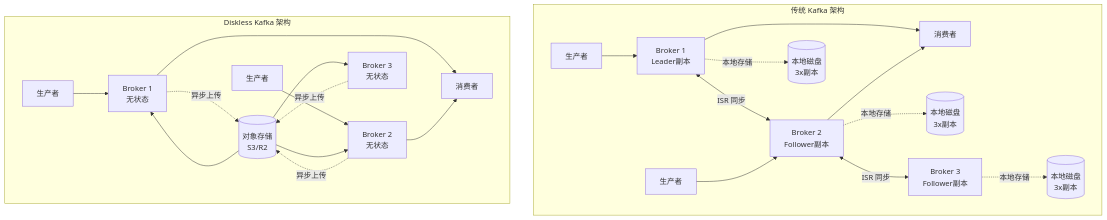
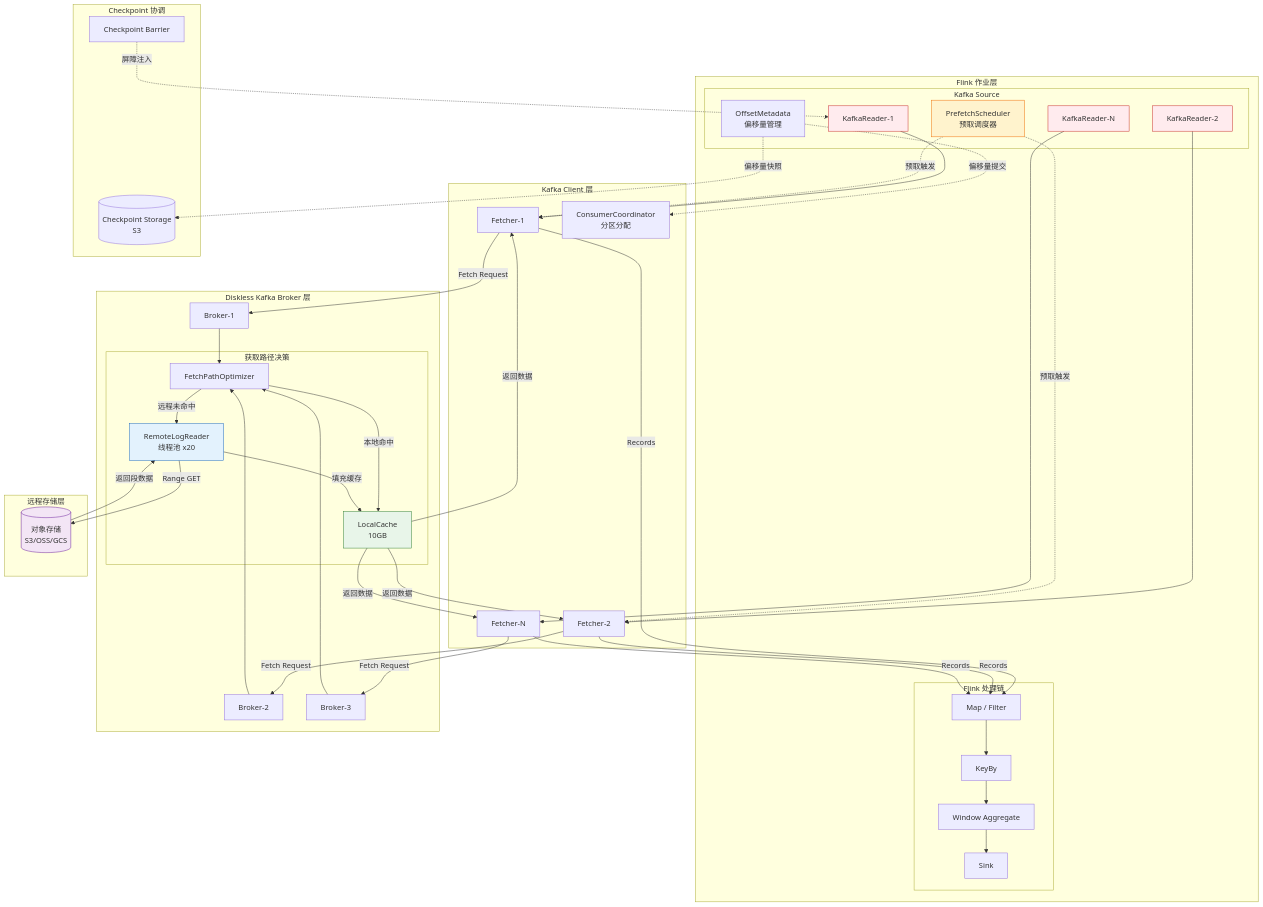
The second of 3 diagrams in Flink/05-ecosystem/05.01-connectors/diskless-kafka-deep-dive.md (AdaMartin18010/AnalysisDataFlow), drawn with Mermaid before and after one commit. The commit also changed other lines of this file and 24 other files, not shown here.

````diff
--- a/Flink/05-ecosystem/05.01-connectors/diskless-kafka-deep-dive.md
+++ b/Flink/05-ecosystem/05.01-connectors/diskless-kafka-deep-dive.md
@@ -52,33 +822,88 @@
 ```mermaid
-graph TB
-    subgraph "传统 Kafka 架构"
-        P1[生产者] --> B1[Broker 1<br/>Leader副本]
-        P2[生产者] --> B2[Broker 2<br/>Follower副本]
+flowchart TD
+    subgraph "Flink 作业层"
+        subgraph "Kafka Source"
+            KR1[KafkaReader-1]
+            KR2[KafkaReader-2]
+            KR3[KafkaReader-N]
+            PF[PrefetchScheduler<br/>预取调度器]
+            OM[OffsetMetadata<br/>偏移量管理]
+        end
 
-        B1 <-->|ISR 同步| B2
-        B2 <-->|ISR 同步| B3[Broker 3<br/>Follower副本]
-
-        B1 -.->|本地存储| D1[(本地磁盘<br/>3x副本)]
-        B2 -.->|本地存储| D2[(本地磁盘<br/>3x副本)]
-        B3 -.->|本地存储| D3[(本地磁盘<br/>3x副本)]
-
-        B1 --> C1[消费者]
-        B2 --> C1
+        subgraph "Flink 处理链"
+            MAP[Map / Filter]
+            KEY[KeyBy]
+            WIN[Window Aggregate]
+            SNK[Sink]
+        end
     end
 
-    subgraph "Diskless Kafka 架构"
-        P3[生产者] --> S1[Broker 1<br/>无状态]
-        P4[生产者] --> S2[Broker 2<br/>无状态]
+    subgraph "Kafka Client 层"
+        FC1[Fetcher-1]
+        FC2[Fetcher-2]
+        FC3[Fetcher-N]
+        CB[ConsumerCoordinator<br/>分区分配]
+    end
 
-        S1 -.->|异步上传| OBJ[(对象存储<br/>S3/R2)]
-        S2 -.->|异步上传| OBJ
-        S3[Broker 3<br/>无状态] -.->|异步上传| OBJ
+    subgraph "Diskless Kafka Broker 层"
+        B1[Broker-1]
+        B2[Broker-2]
+        B3[Broker-3]
 
-        OBJ --> S1
-        OBJ --> S2
-        OBJ --> S3
+        subgraph "获取路径决策"
+            FP1[FetchPathOptimizer]
+            CACHE[LocalCache<br/>10GB]
+            RLR[RemoteLogReader<br/>线程池 x20]
+        end
+    end
 
-        S1 --> C2[消费者]
-        S2 --> C2
+    subgraph "远程存储层"
+        S3[(对象存储<br/>S3/OSS/GCS)]
     end
+
+    subgraph "Checkpoint 协调"
+        CP[Checkpoint Barrier]
+        CP_S3[(Checkpoint Storage<br/>S3)]
+    end
+
+    KR1 --> FC1
+    KR2 --> FC2
+    KR3 --> FC3
+
+    PF -.->|预取触发| FC1
+    PF -.->|预取触发| FC2
+    OM -.->|偏移量提交| CB
+
+    FC1 -->|Fetch Request| B1
+    FC2 -->|Fetch Request| B2
+    FC3 -->|Fetch Request| B3
+
+    B1 --> FP1
+    B2 --> FP1
+    B3 --> FP1
+
+    FP1 -->|本地命中| CACHE
+    FP1 -->|远程未命中| RLR
+    RLR -->|Range GET| S3
+    S3 -->|返回段数据| RLR
+    RLR -->|填充缓存| CACHE
+    CACHE -->|返回数据| FC1
+    CACHE -->|返回数据| FC2
+    CACHE -->|返回数据| FC3
+
+    FC1 -->|Records| MAP
+    FC2 -->|Records| MAP
+    FC3 -->|Records| MAP
+    MAP --> KEY --> WIN --> SNK
+
+    CP -.->|屏障注入| KR1
+    OM -.->|偏移量快照| CP_S3
+
+    style KR1 fill:#ffebee,stroke:#c62828
+    style KR2 fill:#ffebee,stroke:#c62828
+    style KR3 fill:#ffebee,stroke:#c62828
+    style PF fill:#fff3cd,stroke:#ef6c00
+    style CACHE fill:#e8f5e9,stroke:#2e7d32
+    style RLR fill:#e3f2fd,stroke:#1565c0
+    style S3 fill:#f3e5f5,stroke:#6a1b9a
 ```
````
